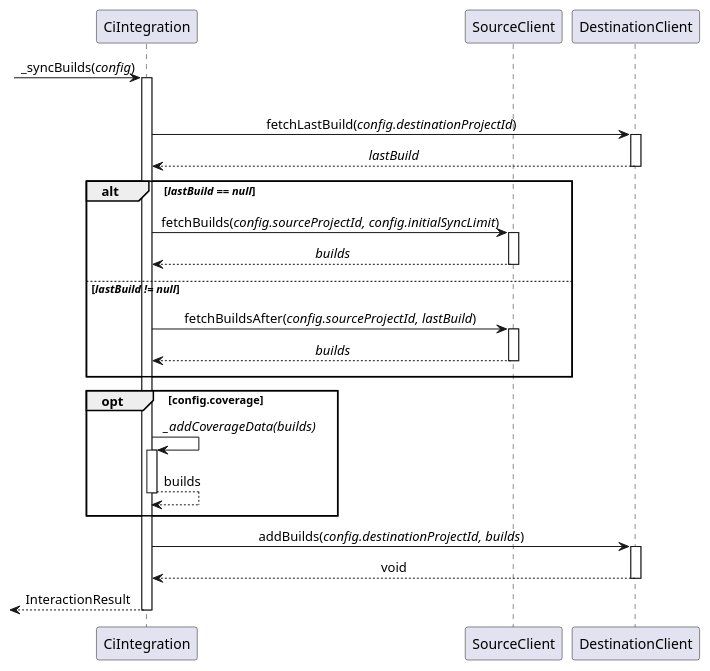
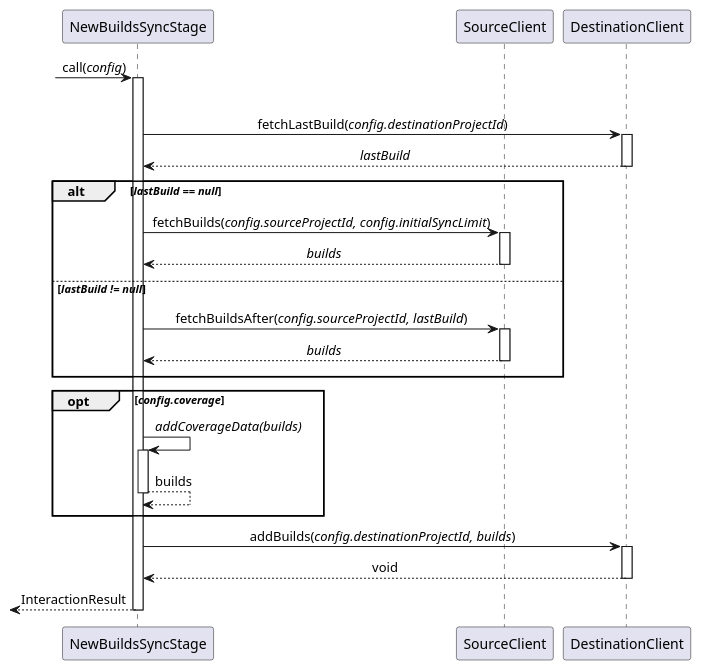
The diagram in metrics/ci_integrations/docs/diagrams/sync_builds_stage_sequence_diagram.puml (Flank/flank-dashboard), drawn with PlantUML before and after one commit. The commit also changed 4 other files, not shown here.

```diff
--- a/metrics/ci_integrations/docs/diagrams/sync_builds_stage_sequence_diagram.puml
+++ b/metrics/ci_integrations/docs/diagrams/sync_builds_stage_sequence_diagram.puml
@@ -1,39 +1,39 @@
 @startuml resync_in_progress_sequence_diagram
 'https://plantuml.com/sequence-diagram
 
 skinparam SequenceMessageAlignment center
 
-participant CiIntegration
+participant NewBuildsSyncStage
 participant SourceClient
 participant DestinationClient
 
-?-> CiIntegration ++ : _syncBuilds(//config//)
+?-> NewBuildsSyncStage ++ : call(//config//)
 |||
-CiIntegration -> DestinationClient ++ : fetchLastBuild(//config.destinationProjectId//)
+NewBuildsSyncStage -> DestinationClient ++ : fetchLastBuild(//config.destinationProjectId//)
 return //lastBuild//
 
 alt //lastBuild == null//
     ||8||
-    CiIntegration -> SourceClient ++: fetchBuilds(//config.sourceProjectId, config.initialSyncLimit//)
+    NewBuildsSyncStage -> SourceClient ++: fetchBuilds(//config.sourceProjectId, config.initialSyncLimit//)
     return //builds//
     ||8||
 else  //lastBuild != null//
     ||8||
-    CiIntegration -> SourceClient ++: fetchBuildsAfter(//config.sourceProjectId, lastBuild//)
+    NewBuildsSyncStage -> SourceClient ++: fetchBuildsAfter(//config.sourceProjectId, lastBuild//)
     return //builds//
     ||8||
 end
 
-opt config.coverage
+opt //config.coverage//
     ||8||
-    CiIntegration -> CiIntegration ++ : //_addCoverageData(builds)//
+    NewBuildsSyncStage -> NewBuildsSyncStage ++ : //addCoverageData(builds)//
     return builds
     ||8||
 end
 
-CiIntegration -> DestinationClient ++ : addBuilds(//config.destinationProjectId, builds//)
+NewBuildsSyncStage -> DestinationClient ++ : addBuilds(//config.destinationProjectId, builds//)
 return void
 
 return InteractionResult
 
 @enduml
```
